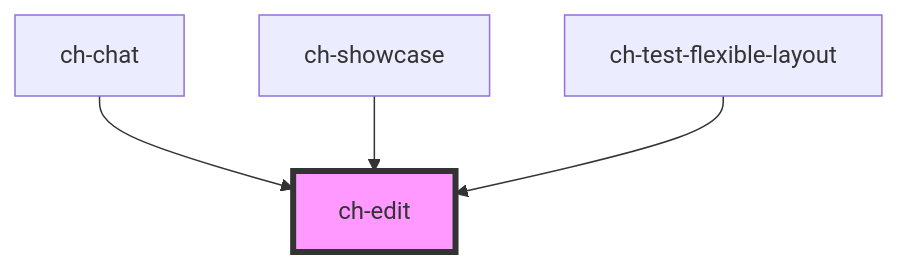
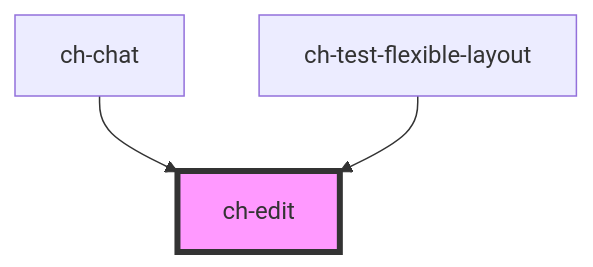
One commit to genexuslabs/chameleon-controls-library changed the diagram in src/components/edit/readme.md. Above: the diagram before and after it, drawn with Mermaid. The commit also changed other lines of this file and 25 other files, not shown here.

````diff
--- a/src/components/edit/readme.md
+++ b/src/components/edit/readme.md
@@ -90,7 +89,6 @@
 ```mermaid
 graph TD;
   ch-chat --> ch-edit
-  ch-showcase --> ch-edit
   ch-test-flexible-layout --> ch-edit
   style ch-edit fill:#f9f,stroke:#333,stroke-width:4px
 ```
````
